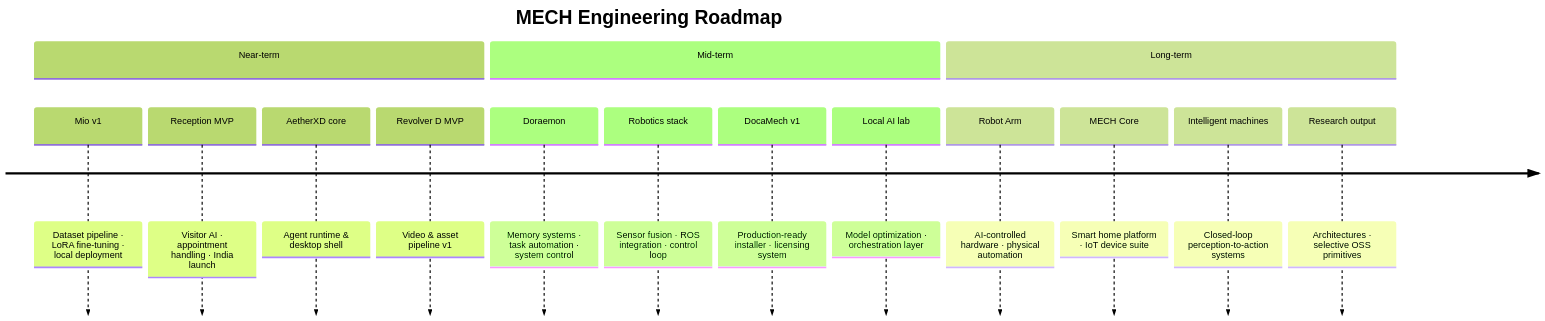
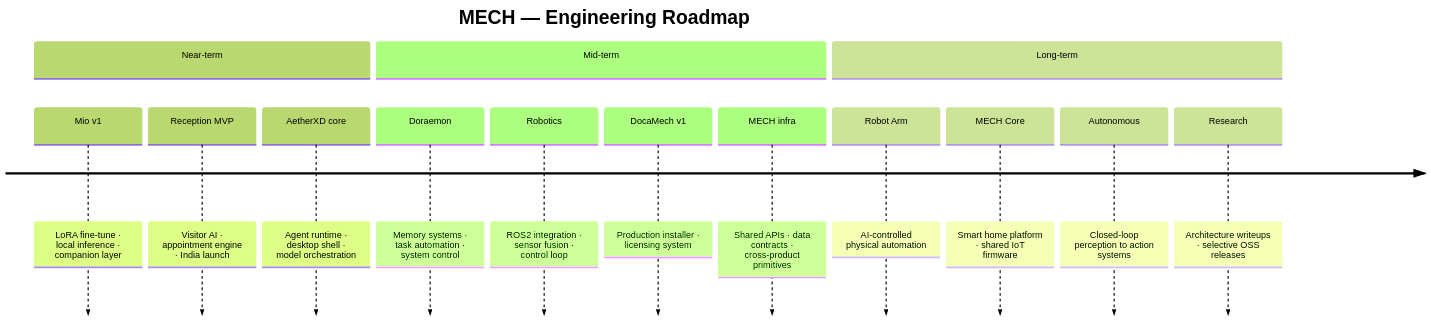
The diagram in README.md (brovk2008/brovk2008), drawn with Mermaid (forest theme) before and after one commit. The commit also changed other lines of this file, not shown here.

````diff
--- a/README.md
+++ b/README.md
@@ -516,19 +249,18 @@
 ```mermaid
 timeline
-    title MECH Engineering Roadmap
+    title MECH — Engineering Roadmap
     section Near-term
-        Mio v1 : Dataset pipeline · LoRA fine-tuning · local deployment
-        Reception MVP : Visitor AI · appointment handling · India launch
-        AetherXD core : Agent runtime & desktop shell
-        Revolver D MVP : Video & asset pipeline v1
+        Mio v1        : LoRA fine-tune · local inference · companion layer
+        Reception MVP : Visitor AI · appointment engine · India launch
+        AetherXD core : Agent runtime · desktop shell · model orchestration
     section Mid-term
-        Doraemon : Memory systems · task automation · system control
-        Robotics stack : Sensor fusion · ROS integration · control loop
-        DocaMech v1 : Production-ready installer · licensing system
-        Local AI lab : Model optimization · orchestration layer
+        Doraemon      : Memory systems · task automation · system control
+        Robotics      : ROS2 integration · sensor fusion · control loop
+        DocaMech v1   : Production installer · licensing system
+        MECH infra    : Shared APIs · data contracts · cross-product primitives
     section Long-term
-        Robot Arm : AI-controlled hardware · physical automation
-        MECH Core : Smart home platform · IoT device suite
-        Intelligent machines : Closed-loop perception-to-action systems
-        Research output : Architectures · selective OSS primitives
+        Robot Arm     : AI-controlled physical automation
+        MECH Core     : Smart home platform · shared IoT firmware
+        Autonomous    : Closed-loop perception to action systems
+        Research      : Architecture writeups · selective OSS releases
 ```
````
